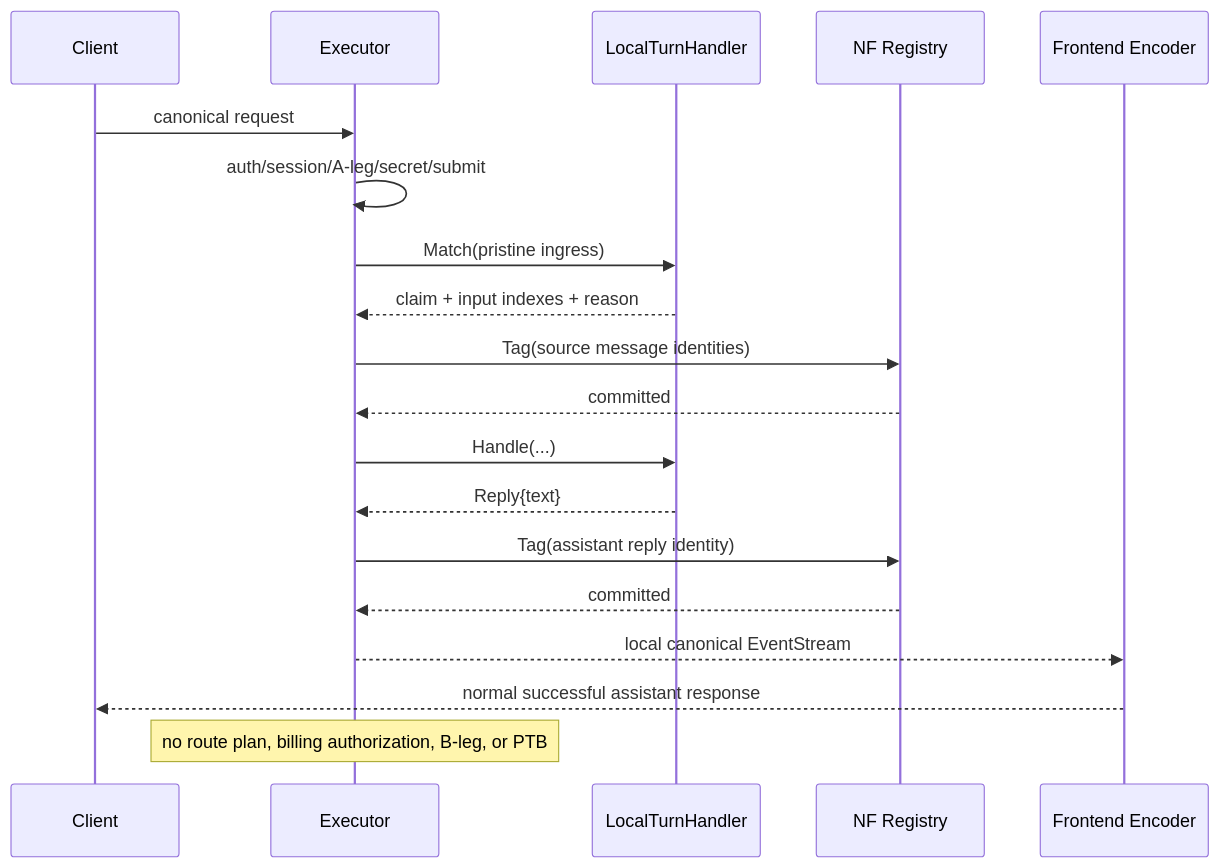
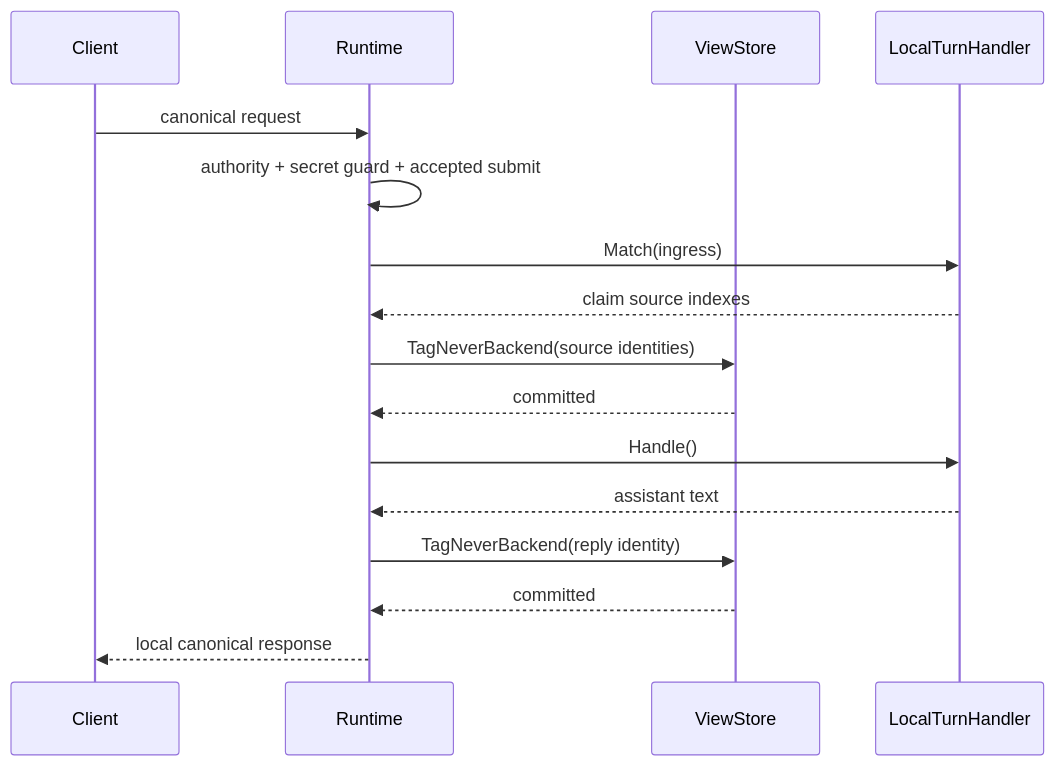
The third of 6 diagrams in .kiro/specs/non-forwardable-conversation-content/design.md (matdev83/go-llm-interactive-proxy), drawn with Mermaid before and after one commit. The commit also changed other lines of this file and 7 other files, not shown here.

````diff
--- a/.kiro/specs/non-forwardable-conversation-content/design.md
+++ b/.kiro/specs/non-forwardable-conversation-content/design.md
@@ -636,22 +505,19 @@
 ```mermaid
 sequenceDiagram
     participant C as Client
-    participant E as Executor
+    participant R as Runtime
+    participant V as ViewStore
     participant H as LocalTurnHandler
-    participant R as NF Registry
-    participant F as Frontend Encoder
 
-    C->>E: canonical request
-    E->>E: auth/session/A-leg/secret/submit
-    E->>H: Match(pristine ingress)
-    H-->>E: claim + input indexes + reason
-    E->>R: Tag(source message identities)
-    R-->>E: committed
-    E->>H: Handle(...)
-    H-->>E: Reply{text}
-    E->>R: Tag(assistant reply identity)
-    R-->>E: committed
-    E-->>F: local canonical EventStream
-    F-->>C: normal successful assistant response
-    Note over E: no route plan, billing authorization, B-leg, or PTB
+    C->>R: canonical request
+    R->>R: authority + secret guard + accepted submit
+    R->>H: Match(ingress)
+    H-->>R: claim source indexes
+    R->>V: TagNeverBackend(source identities)
+    V-->>R: committed
+    R->>H: Handle()
+    H-->>R: assistant text
+    R->>V: TagNeverBackend(reply identity)
+    V-->>R: committed
+    R-->>C: local canonical response
 ```
````
